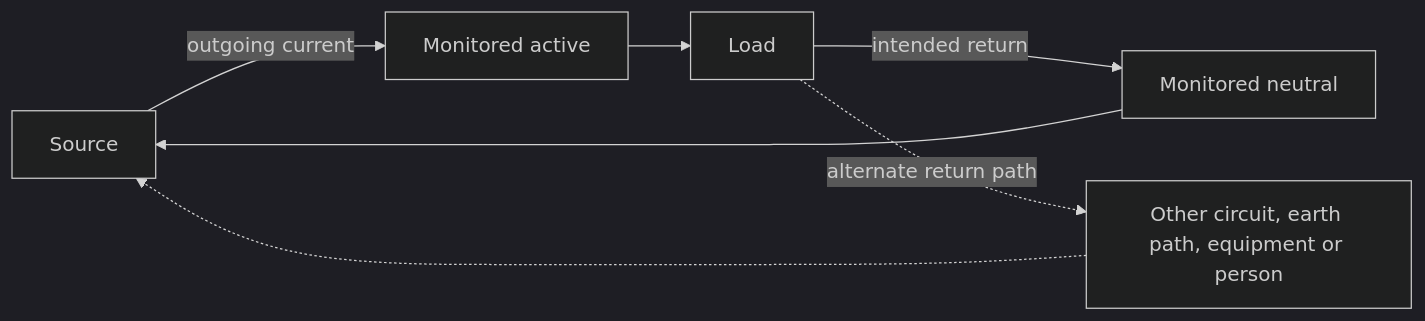
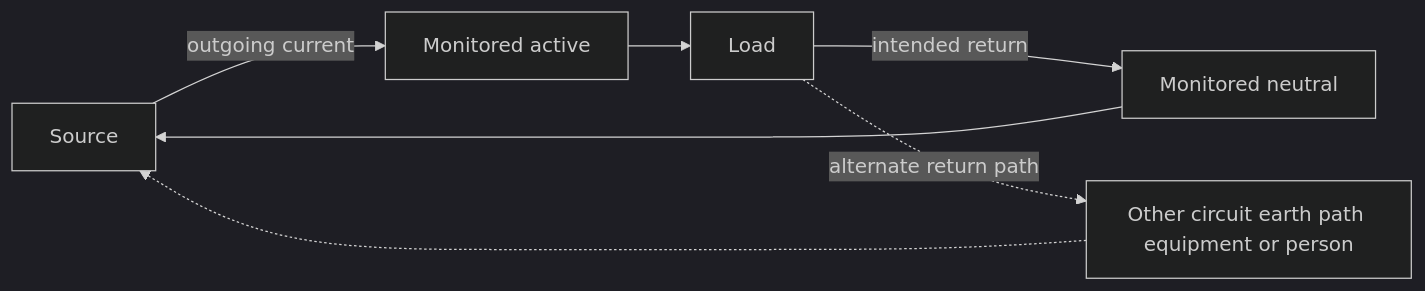
One commit to andrew3stedall/capstone changed the second of 2 diagrams in docs/learning-plans/6-week/modules/day-06-rcd-purpose-limits-and-coordination-with-other-protection.md. Above: the diagram before and after it, drawn with Mermaid (dark theme). The commit also changed other lines of this file, not shown here.

````diff
--- a/docs/learning-plans/6-week/modules/day-06-rcd-purpose-limits-and-coordination-with-other-protection.md
+++ b/docs/learning-plans/6-week/modules/day-06-rcd-purpose-limits-and-coordination-with-other-protection.md
@@ -187,9 +191,9 @@
 ```mermaid
 flowchart LR
     S["Source"] -->|"outgoing current"| A["Monitored active"]
     A --> L["Load"]
     L -->|"intended return"| N["Monitored neutral"]
     N --> S
-    L -.->|"alternate return path"| X["Other circuit, earth path, equipment or person"]
+    L -.->|"alternate return path"| X["Other circuit earth path equipment or person"]
     X -.-> S
 ```
````
